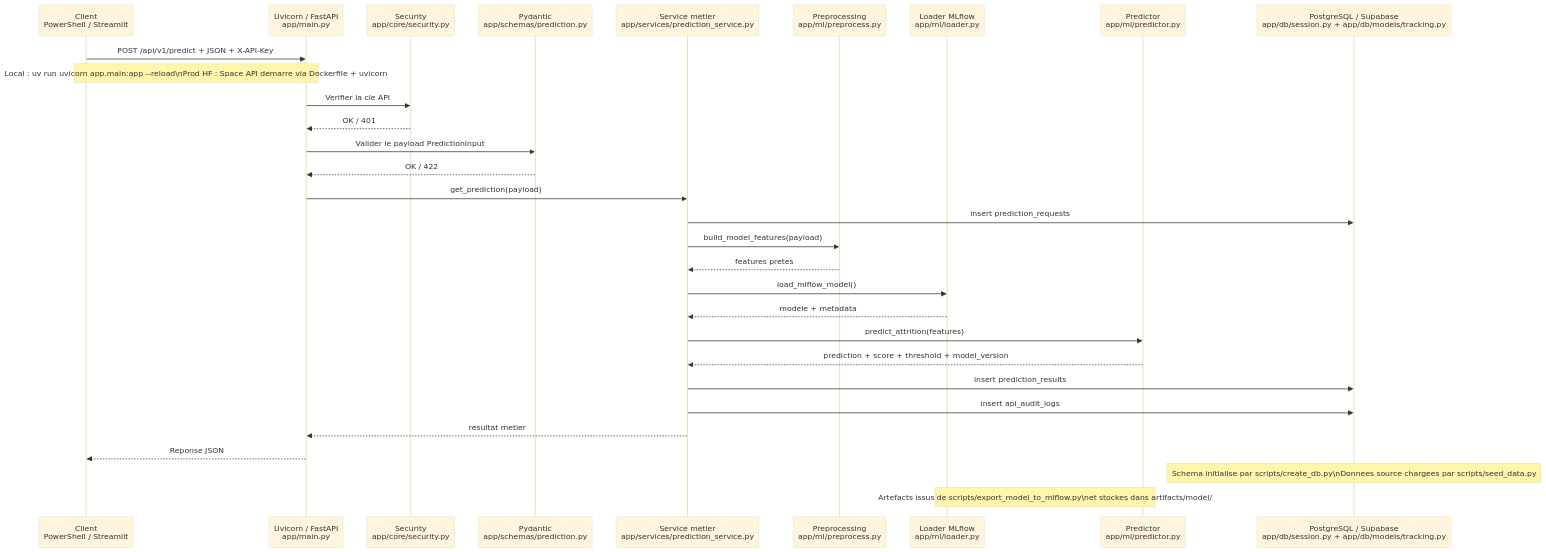
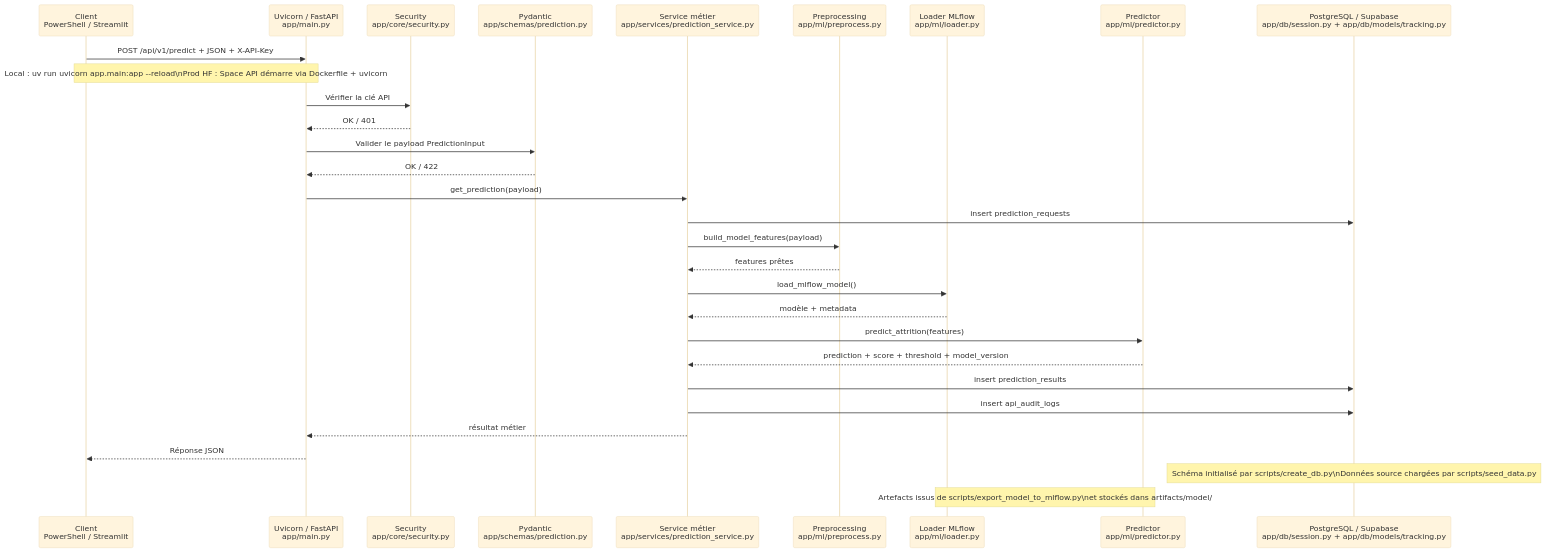
Before and after one commit to rayakevin/p5-employee-attrition-api: the first of 2 diagrams in docs/api/README.md, drawn with Mermaid (base theme). The commit also changed other lines of this file and 6 other files, not shown here.

````diff
--- a/docs/api/README.md
+++ b/docs/api/README.md
@@ -105,34 +105,34 @@
 ```mermaid
 sequenceDiagram
     participant C as Client<br/>PowerShell / Streamlit
     participant U as Uvicorn / FastAPI<br/>app/main.py
     participant S as Security<br/>app/core/security.py
     participant P as Pydantic<br/>app/schemas/prediction.py
-    participant B as Service metier<br/>app/services/prediction_service.py
+    participant B as Service métier<br/>app/services/prediction_service.py
     participant F as Preprocessing<br/>app/ml/preprocess.py
     participant L as Loader MLflow<br/>app/ml/loader.py
     participant M as Predictor<br/>app/ml/predictor.py
     participant DB as PostgreSQL / Supabase<br/>app/db/session.py + app/db/models/tracking.py
 
     C->>U: POST /api/v1/predict + JSON + X-API-Key
-    Note over C,U: Local : uv run uvicorn app.main:app --reload\nProd HF : Space API demarre via Dockerfile + uvicorn
-    U->>S: Verifier la cle API
+    Note over C,U: Local : uv run uvicorn app.main:app --reload\nProd HF : Space API démarre via Dockerfile + uvicorn
+    U->>S: Vérifier la clé API
     S-->>U: OK / 401
     U->>P: Valider le payload PredictionInput
     P-->>U: OK / 422
     U->>B: get_prediction(payload)
     B->>DB: insert prediction_requests
     B->>F: build_model_features(payload)
-    F-->>B: features pretes
+    F-->>B: features prêtes
     B->>L: load_mlflow_model()
-    L-->>B: modele + metadata
+    L-->>B: modèle + metadata
     B->>M: predict_attrition(features)
     M-->>B: prediction + score + threshold + model_version
     B->>DB: insert prediction_results
     B->>DB: insert api_audit_logs
-    B-->>U: resultat metier
-    U-->>C: Reponse JSON
+    B-->>U: résultat métier
+    U-->>C: Réponse JSON
 
-    Note over DB: Schema initialise par scripts/create_db.py\nDonnees source chargees par scripts/seed_data.py
-    Note over L,M: Artefacts issus de scripts/export_model_to_mlflow.py\net stockes dans artifacts/model/
+    Note over DB: Schéma initialisé par scripts/create_db.py\nDonnées source chargées par scripts/seed_data.py
+    Note over L,M: Artefacts issus de scripts/export_model_to_mlflow.py\net stockés dans artifacts/model/
 ```
````
